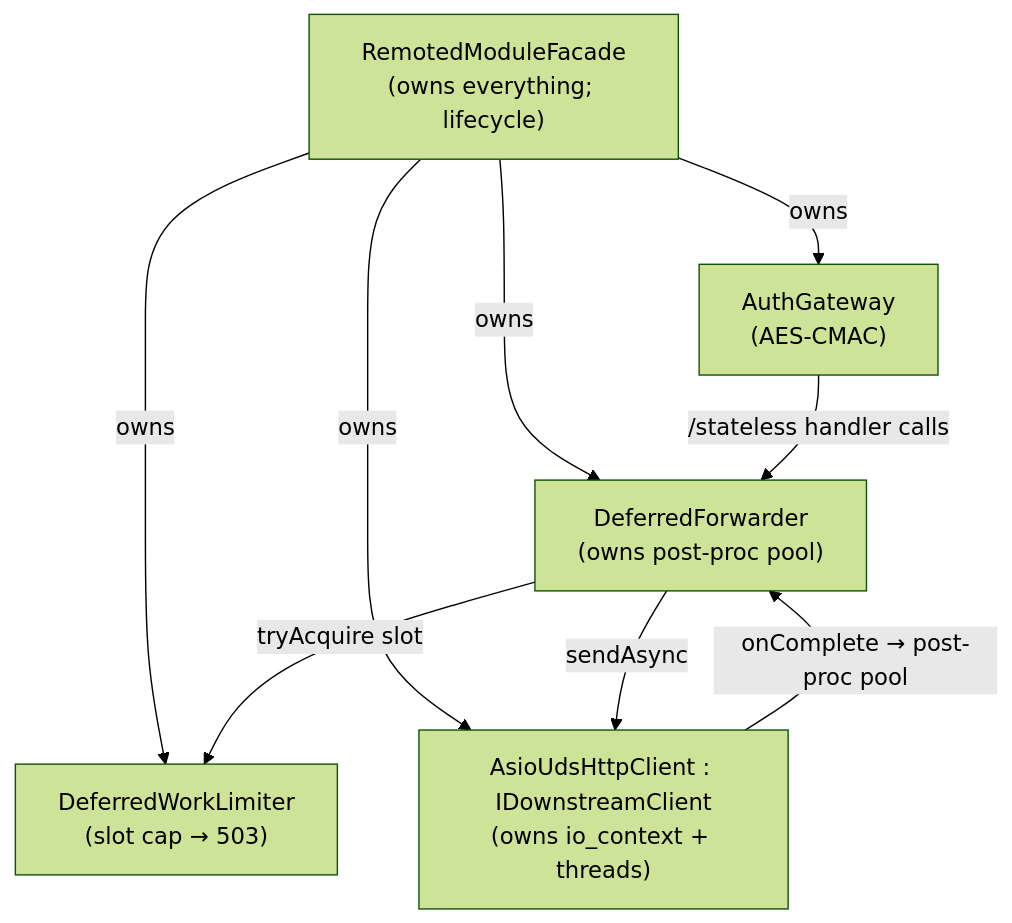
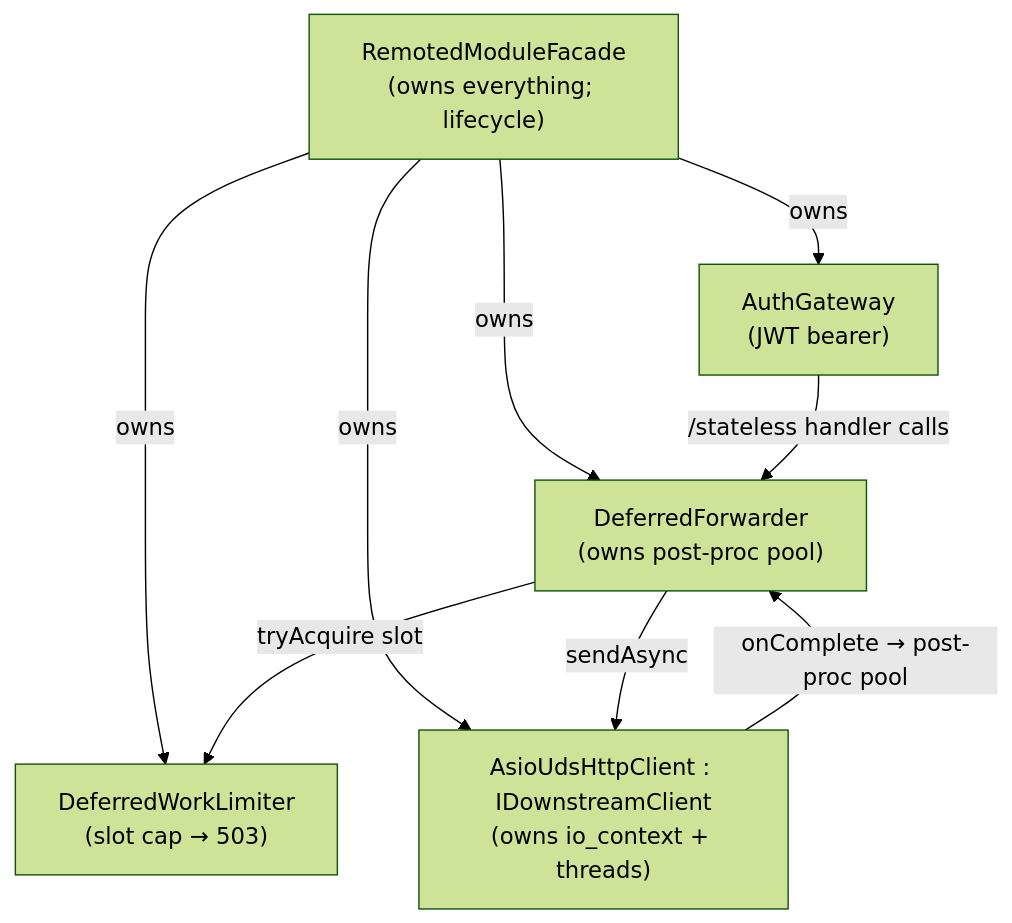
The fifth of 5 diagrams in src/remoted/remoted_module/README.md (wazuh/wazuh), drawn with Mermaid (forest theme) before and after one commit. The commit also changed other lines of this file and 31 other files, not shown here.

First line of the commit message:
docs(remoted): document the wazuh-agent+jwt / wazuh-enroll+jwt bearer profiles (#38582)

````diff
--- a/src/remoted/remoted_module/README.md
+++ b/src/remoted/remoted_module/README.md
@@ -1405,17 +1399,17 @@
 ```mermaid
 flowchart TD
     facade["RemotedModuleFacade<br/>(owns everything; lifecycle)"]
-    gw["AuthGateway<br/>(AES-CMAC)"]
+    gw["AuthGateway<br/>(JWT bearer)"]
     fwd["DeferredForwarder<br/>(owns post-proc pool)"]
     lim["DeferredWorkLimiter<br/>(slot cap → 503)"]
     cli["AsioUdsHttpClient : IDownstreamClient<br/>(owns io_context + threads)"]
 
     facade -->|owns| gw
     facade -->|owns| fwd
     facade -->|owns| lim
     facade -->|owns| cli
     gw -->|"/stateless handler calls"| fwd
     fwd -->|tryAcquire slot| lim
     fwd -->|sendAsync| cli
     cli -->|"onComplete → post-proc pool"| fwd
 ```
````
